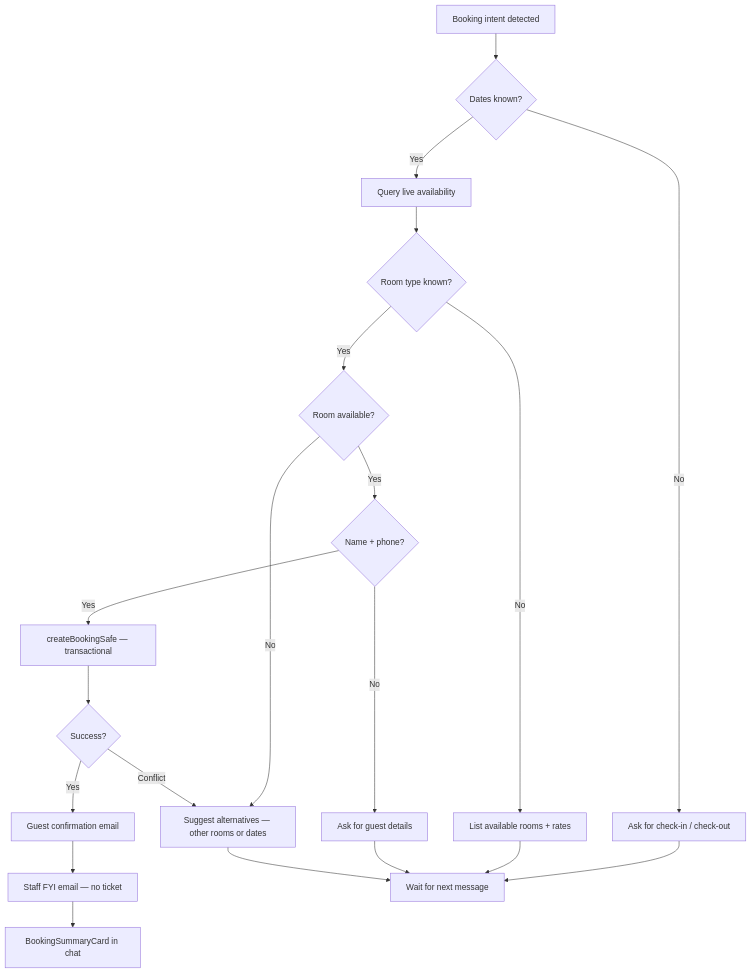
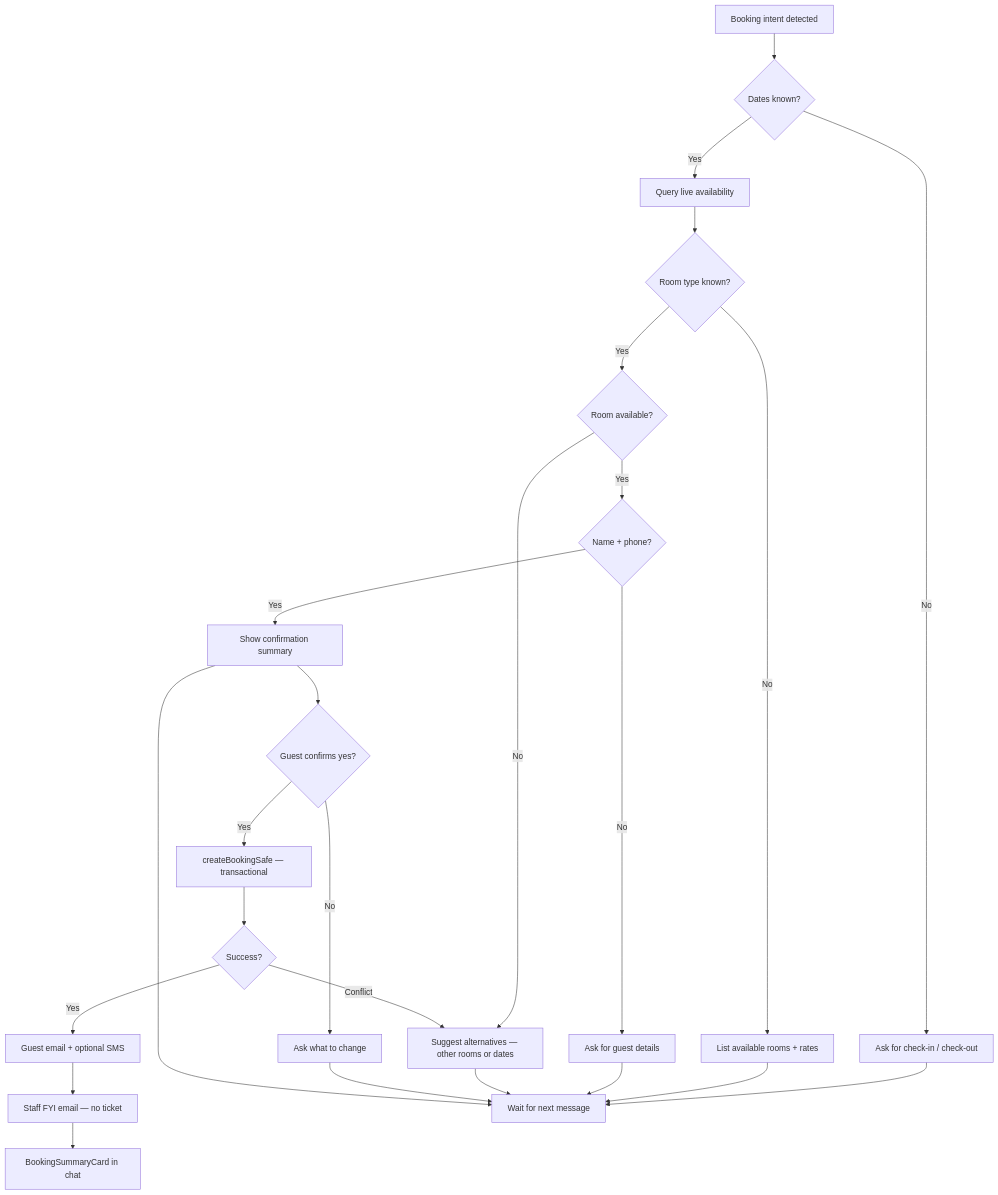
One commit to prabin923/Voice-assistant changed the second of 6 diagrams in README.md. Above: the diagram before and after it, drawn with Mermaid. The commit also changed other lines of this file, not shown here.

Commit message:
Document booking confirmation, streaming voice, and guest UX features in README.

````diff
--- a/README.md
+++ b/README.md
@@ -122,22 +133,27 @@
 ```mermaid
 flowchart TD
   A[Booking intent detected] --> B{Dates known?}
   B -->|No| C[Ask for check-in / check-out]
   B -->|Yes| D[Query live availability]
   D --> E{Room type known?}
   E -->|No| F[List available rooms + rates]
   E -->|Yes| G{Room available?}
   G -->|No| H[Suggest alternatives — other rooms or dates]
   G -->|Yes| I{Name + phone?}
   I -->|No| J[Ask for guest details]
-  I -->|Yes| K[createBookingSafe — transactional]
-  K --> L{Success?}
-  L -->|Yes| M[Guest confirmation email]
+  I -->|Yes| K[Show confirmation summary]
+  K --> Q{Guest confirms yes?}
+  Q -->|No| R[Ask what to change]
+  Q -->|Yes| S[createBookingSafe — transactional]
+  S --> L{Success?}
+  L -->|Yes| M[Guest email + optional SMS]
   M --> N[Staff FYI email — no ticket]
   N --> O[BookingSummaryCard in chat]
   L -->|Conflict| H
   C --> P[Wait for next message]
   F --> P
   J --> P
   H --> P
+  R --> P
+  K --> P
 ```
````
